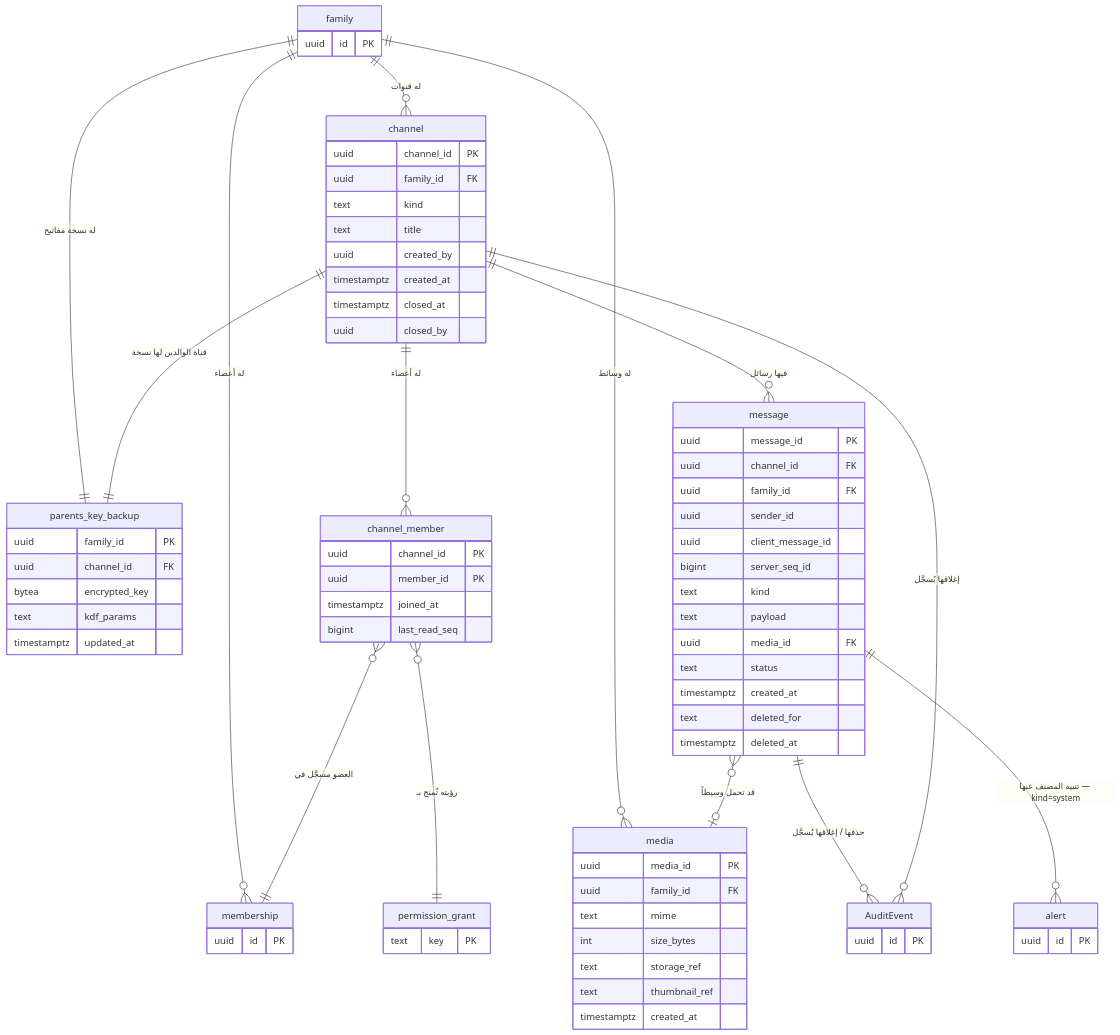
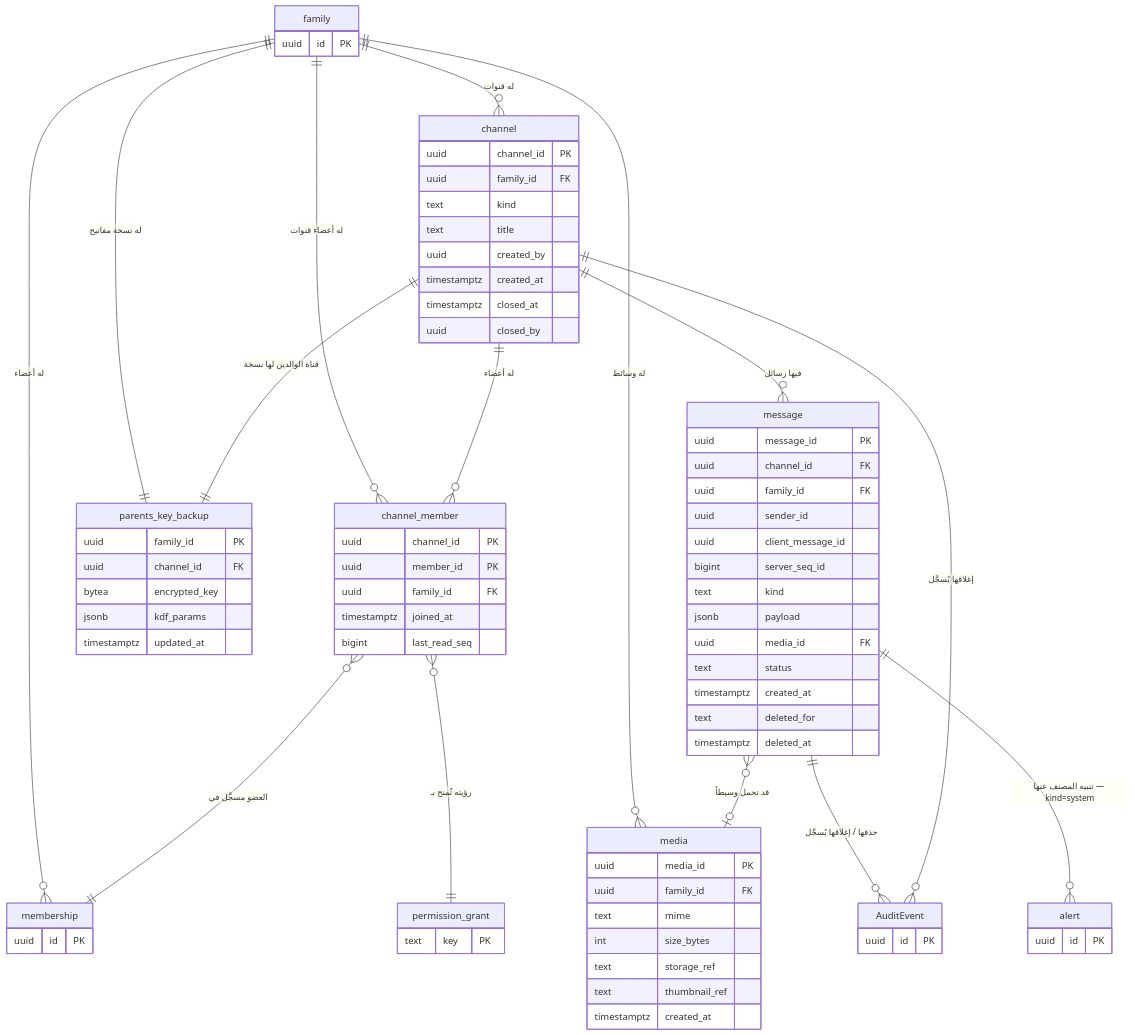
Before and after one commit to Bassam-mohammed-alqaeadi/family-os-v2: the second of 10 diagrams in docs/family-os/governance/phases/phase-1/S1-08-chat-basic/DIAGRAMS.md, drawn with Mermaid. The commit also changed other lines of this file and 1 other file, not shown here.

````diff
--- a/docs/family-os/governance/phases/phase-1/S1-08-chat-basic/DIAGRAMS.md
+++ b/docs/family-os/governance/phases/phase-1/S1-08-chat-basic/DIAGRAMS.md
@@ -98,79 +98,81 @@
 ```mermaid
 erDiagram
     family ||--o{ channel : "له قنوات"
+    family ||--o{ channel_member : "له أعضاء قنوات"
     family ||--o{ media : "له وسائط"
     family ||--|| parents_key_backup : "له نسخة مفاتيح"
     family ||--o{ membership : "له أعضاء"
     channel ||--o{ channel_member : "له أعضاء"
     channel ||--o{ message : "فيها رسائل"
     channel ||--|| parents_key_backup : "قناة الوالدين لها نسخة"
     channel_member }o--|| membership : "العضو مسجَّل في"
     message }o--o| media : "قد تحمل وسيطاً"
     message ||--o{ AuditEvent : "حذفها / إغلاقها يُسجَّل"
     channel ||--o{ AuditEvent : "إغلاقها يُسجَّل"
     channel_member }o--|| permission_grant : "رؤيته تُمنح بـ"
     message ||--o{ alert : "تنبيه المصنف عنها — kind=system"
 
     channel {
         uuid channel_id PK
         uuid family_id FK
         text kind
         text title
         uuid created_by
         timestamptz created_at
         timestamptz closed_at
         uuid closed_by
     }
     channel_member {
         uuid channel_id PK
         uuid member_id PK
+        uuid family_id FK
         timestamptz joined_at
         bigint last_read_seq
     }
     message {
         uuid message_id PK
         uuid channel_id FK
         uuid family_id FK
         uuid sender_id
         uuid client_message_id
         bigint server_seq_id
         text kind
-        text payload
+        jsonb payload
         uuid media_id FK
         text status
         timestamptz created_at
         text deleted_for
         timestamptz deleted_at
     }
     media {
         uuid media_id PK
         uuid family_id FK
         text mime
         int size_bytes
         text storage_ref
         text thumbnail_ref
         timestamptz created_at
     }
     parents_key_backup {
         uuid family_id PK
         uuid channel_id FK
         bytea encrypted_key
-        text kdf_params
+        jsonb kdf_params
         timestamptz updated_at
     }
     family {
         uuid id PK
     }
     membership {
         uuid id PK
     }
     permission_grant {
         text key PK
     }
     alert {
         uuid id PK
     }
     AuditEvent {
         uuid id PK
     }
 ```
````
